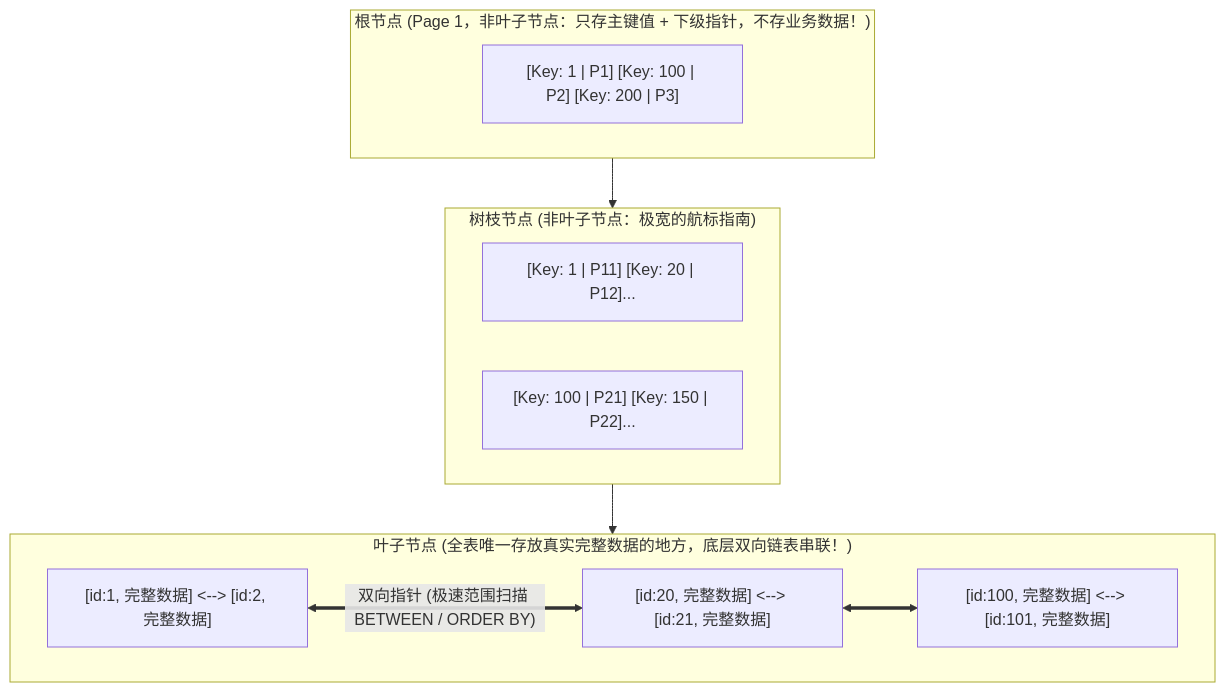
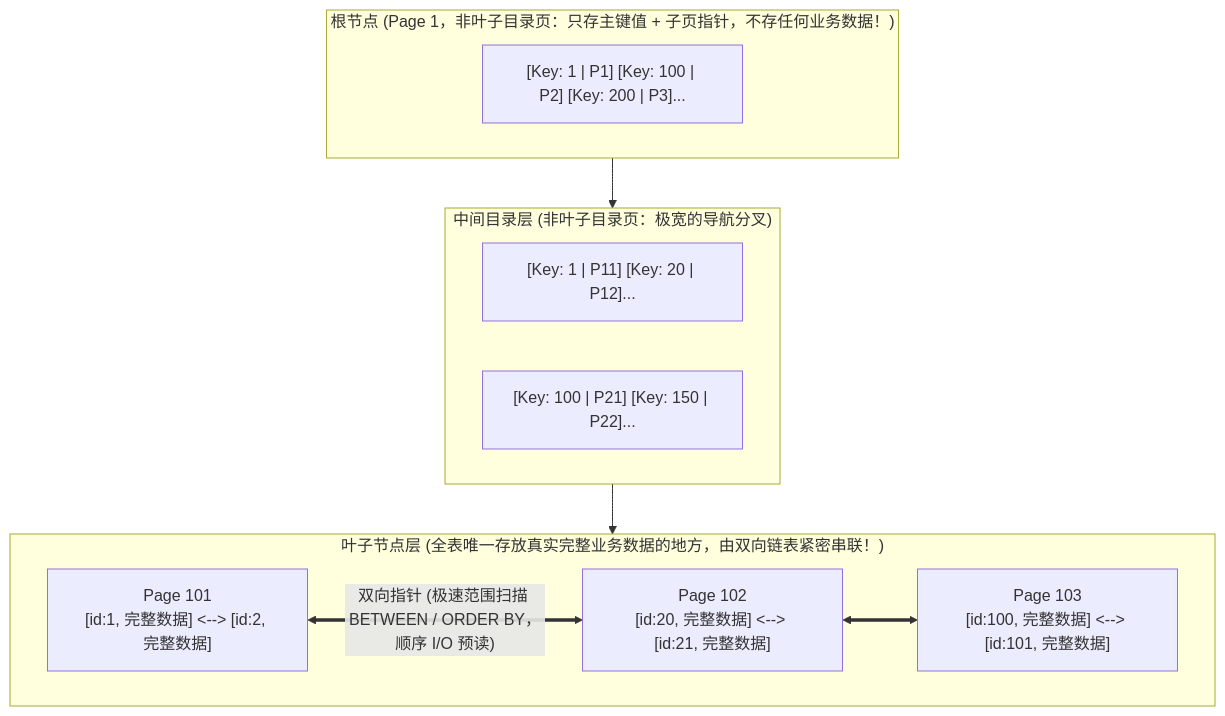
The third of 6 diagrams in 20-Java后端/05-数据库与存储/01-MySQL索引原理-B+树.md (GuoWWWX/knowledge-base), drawn with Mermaid before and after one commit. The commit also changed other lines of this file and 2 other files, not shown here.

````diff
--- a/20-Java后端/05-数据库与存储/01-MySQL索引原理-B+树.md
+++ b/20-Java后端/05-数据库与存储/01-MySQL索引原理-B+树.md
@@ -76,22 +79,22 @@
 ```mermaid
 flowchart TD
-    subgraph Root["根节点 (Page 1，非叶子节点：只存主键值 + 下级指针，不存业务数据！)"]
-        R1["[Key: 1 | P1] [Key: 100 | P2] [Key: 200 | P3]"]
+    subgraph Root["根节点 (Page 1，非叶子目录页：只存主键值 + 子页指针，不存任何业务数据！)"]
+        R1["[Key: 1 | P1] [Key: 100 | P2] [Key: 200 | P3]..."]
     end
 
-    subgraph Branch["树枝节点 (非叶子节点：极宽的航标指南)"]
+    subgraph Branch["中间目录层 (非叶子目录页：极宽的导航分叉)"]
         B1["[Key: 1 | P11] [Key: 20 | P12]..."]
         B2["[Key: 100 | P21] [Key: 150 | P22]..."]
     end
 
-    subgraph Leaf["叶子节点 (全表唯一存放真实完整数据的地方，底层双向链表串联！)"]
-        L1["[id:1, 完整数据] <--> [id:2, 完整数据]"]
-        L2["[id:20, 完整数据] <--> [id:21, 完整数据]"]
-        L3["[id:100, 完整数据] <--> [id:101, 完整数据]"]
+    subgraph Leaf["叶子节点层 (全表唯一存放真实完整业务数据的地方，由双向链表紧密串联！)"]
+        L1["Page 101<br/>[id:1, 完整数据] <--> [id:2, 完整数据]"]
+        L2["Page 102<br/>[id:20, 完整数据] <--> [id:21, 完整数据]"]
+        L3["Page 103<br/>[id:100, 完整数据] <--> [id:101, 完整数据]"]
     end
 
     Root --> Branch
     Branch --> Leaf
-    L1 <==>|"双向指针 (极速范围扫描 BETWEEN / ORDER BY)"| L2
+    L1 <==>|"双向指针 (极速范围扫描 BETWEEN / ORDER BY，顺序 I/O 预读)"| L2
     L2 <==> L3
 ```
````
